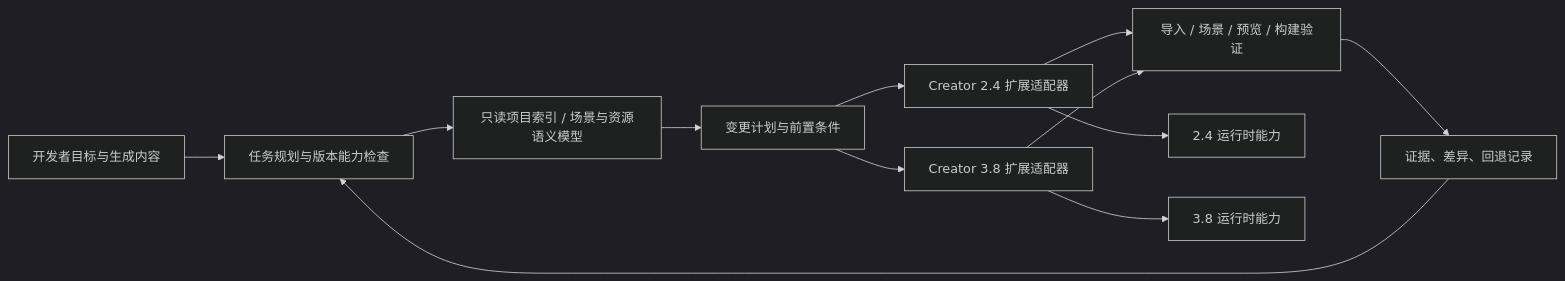
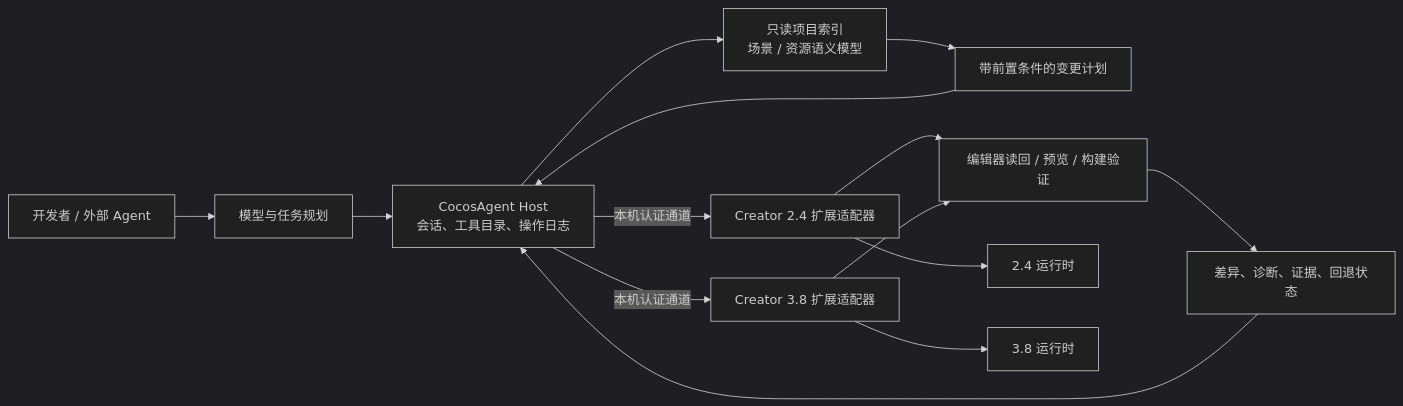
The diagram in docs/cocos-agent-recruitment-aligned-design.md (baiyangzuoshu/CocosAgent), drawn with Mermaid (dark theme) before and after one commit. The commit also changed other lines of this file and 10 other files, not shown here.

Commit message:
完成 CocosAgent 双版本资源入场景闭环

````diff
--- a/docs/cocos-agent-recruitment-aligned-design.md
+++ b/docs/cocos-agent-recruitment-aligned-design.md
@@ -25,14 +25,16 @@
 ```mermaid
 flowchart LR
-    U[开发者目标与生成内容] --> P[任务规划与版本能力检查]
-    P --> M[只读项目索引 / 场景与资源语义模型]
-    M --> D[变更计划与前置条件]
-    D --> E2[Creator 2.4 扩展适配器]
-    D --> E3[Creator 3.8 扩展适配器]
-    E2 --> V[导入 / 场景 / 预览 / 构建验证]
-    E3 --> V
-    V --> R[证据、差异、回退记录]
-    R --> P
-    E2 --> RT2[2.4 运行时能力]
-    E3 --> RT3[3.8 运行时能力]
+    U[开发者 / 外部 Agent] --> L[模型与任务规划]
+    L --> H[CocosAgent Host<br/>会话、工具目录、操作日志]
+    H --> M[只读项目索引<br/>场景 / 资源语义模型]
+    M --> D[带前置条件的变更计划]
+    D --> H
+    H -->|本机认证通道| A2[Creator 2.4 扩展适配器]
+    H -->|本机认证通道| A3[Creator 3.8 扩展适配器]
+    A2 --> V[编辑器读回 / 预览 / 构建验证]
+    A3 --> V
+    V --> R[差异、诊断、证据、回退状态]
+    R --> H
+    A2 --> RT2[2.4 运行时]
+    A3 --> RT3[3.8 运行时]
 ```
````
